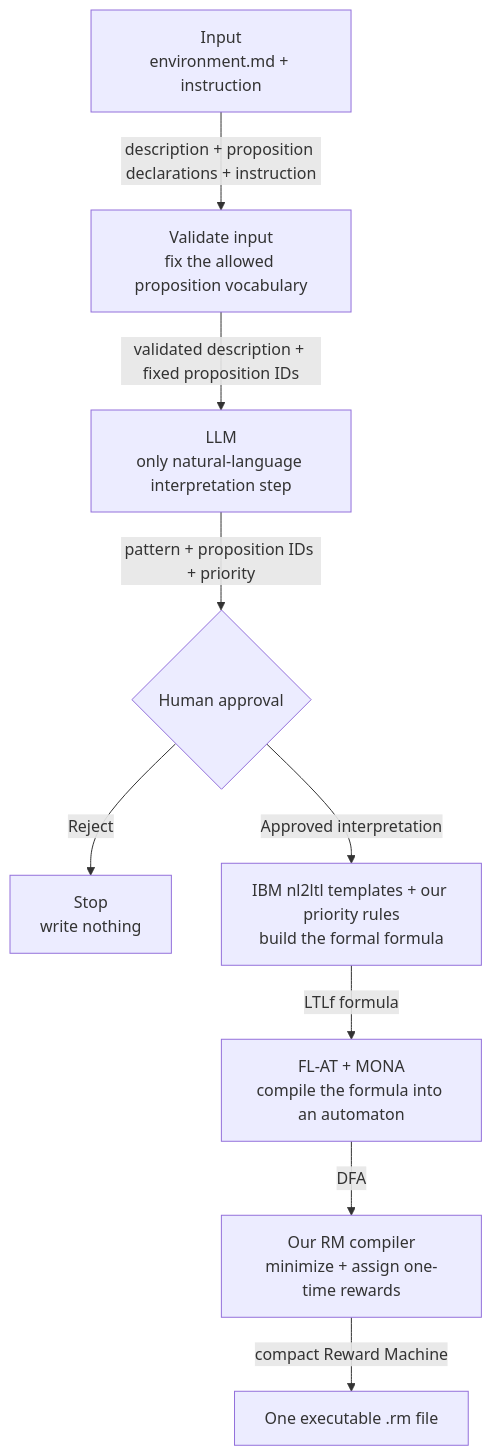
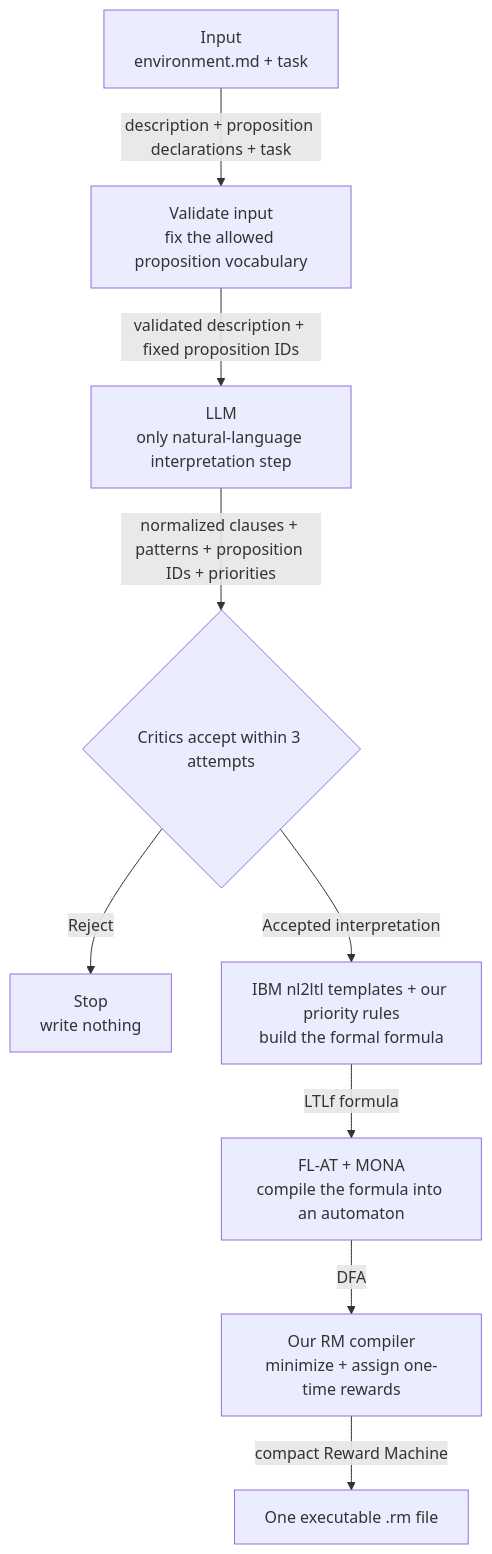
The first of 2 diagrams in README.md (MiquelGomezCorral/TFM-schema-rm-rl), drawn with Mermaid before and after one commit. The commit also changed other lines of this file and 6 other files, not shown here.

````diff
--- a/README.md
+++ b/README.md
@@ -194,21 +232,21 @@
 ```mermaid
 flowchart TD
-    A["Input<br/>environment.md + instruction"]
+    A["Input<br/>environment.md + task"]
     B["Validate input<br/>fix the allowed proposition vocabulary"]
     C["LLM<br/>only natural-language interpretation step"]
-    D{"Human approval"}
+    D{"Critics accept within 3 attempts"}
     X["Stop<br/>write nothing"]
     E["IBM nl2ltl templates + our priority rules<br/>build the formal formula"]
     F["FL-AT + MONA<br/>compile the formula into an automaton"]
     G["Our RM compiler<br/>minimize + assign one-time rewards"]
     H["One executable .rm file"]
 
-    A -->|"description + proposition declarations + instruction"| B
+    A -->|"description + proposition declarations + task"| B
     B -->|"validated description + fixed proposition IDs"| C
-    C -->|"pattern + proposition IDs + priority"| D
+    C -->|"normalized clauses + patterns + proposition IDs + priorities"| D
     D -- Reject --> X
-    D -->|"Approved interpretation"| E
+    D -->|"Accepted interpretation"| E
     E -->|"LTLf formula"| F
     F -->|"DFA"| G
     G -->|"compact Reward Machine"| H
 ```
````
